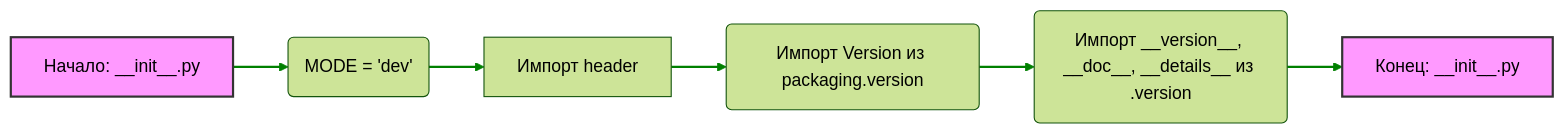
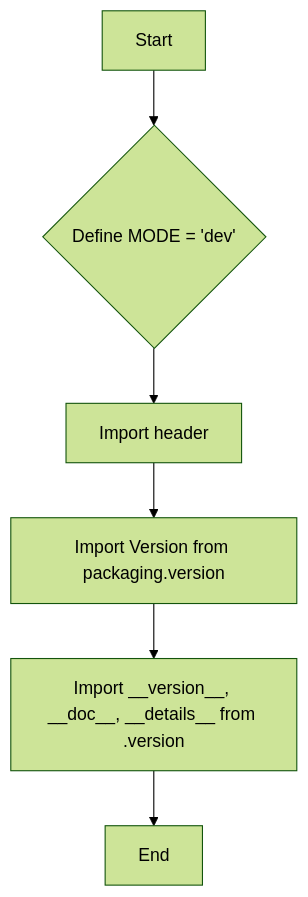
The first of 3 diagrams in docs/gemini/ru/explainer/src/templates/__init__.py.md (hypo69/hypo), drawn with Mermaid (forest theme) before and after one commit. The commit also changed other lines of this file and 3338 other files, not shown here.

````diff
--- a/docs/gemini/ru/explainer/src/templates/__init__.py.md
+++ b/docs/gemini/ru/explainer/src/templates/__init__.py.md
@@ -20,13 +7,8 @@
 ```mermaid
-graph LR
-    A[Начало: __init__.py] --> B(MODE = 'dev');
-    B --> C[Импорт header];
-    C --> D(Импорт Version из packaging.version);
-    D --> E(Импорт __version__, __doc__, __details__ из .version);
-    E --> F[Конец: __init__.py];
-    
-    style A fill:#f9f,stroke:#333,stroke-width:2px
-    style F fill:#f9f,stroke:#333,stroke-width:2px
-    
-    linkStyle 0,1,2,3,4 stroke-width:2px,stroke:green;
+graph TD
+    A[Start] --> B{Define MODE = 'dev'};
+    B --> C[Import header];
+    C --> D[Import Version from packaging.version];
+    D --> E[Import __version__, __doc__, __details__ from .version];
+    E --> F[End];
 ```
````
